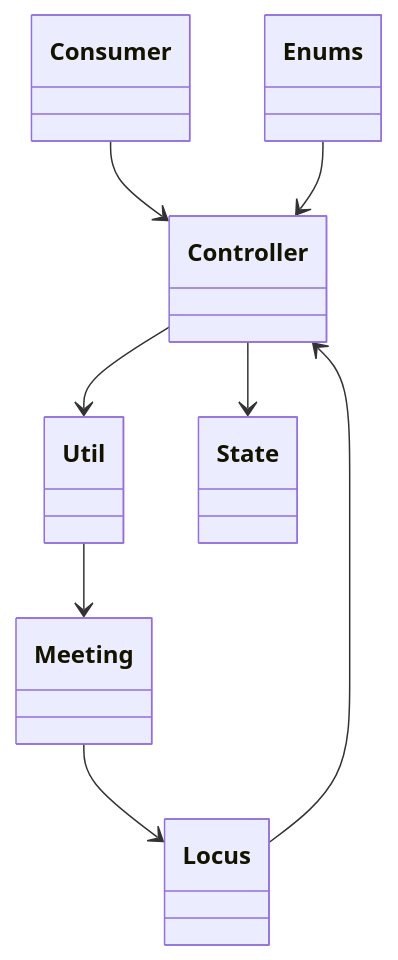
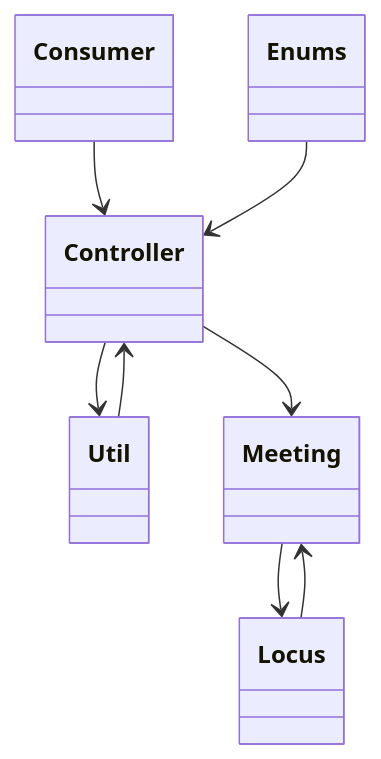
Before and after one commit to webex/webex-js-sdk: the fourth of 4 diagrams in packages/@webex/plugin-meetings/src/recording-controller/ai-docs/recording-controller-spec.md, drawn with Mermaid. The commit also changed other lines of this file and 24 other files, not shown here.

````diff
--- a/packages/@webex/plugin-meetings/src/recording-controller/ai-docs/recording-controller-spec.md
+++ b/packages/@webex/plugin-meetings/src/recording-controller/ai-docs/recording-controller-spec.md
@@ -152,17 +160,16 @@
 ```mermaid
 classDiagram
   class Consumer
   class Controller
   class Enums
   class Util
   class Meeting
   class Locus
-  class State
   Consumer --> Controller
   Enums --> Controller
   Controller --> Util
-  Util --> Meeting
+  Util --> Controller
+  Controller --> Meeting
   Meeting --> Locus
-  Locus --> Controller
-  Controller --> State
+  Locus --> Meeting
 ```
````
